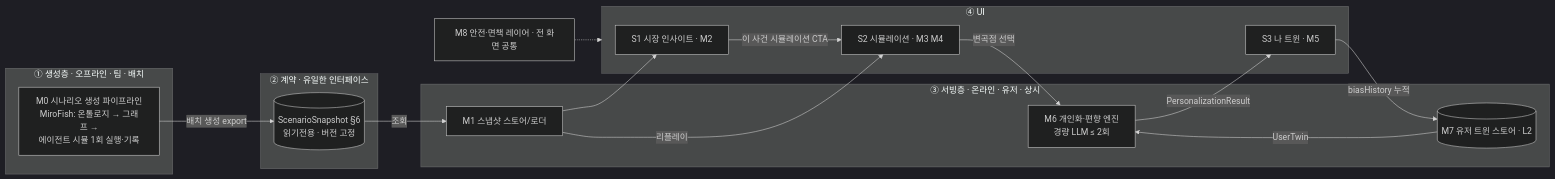
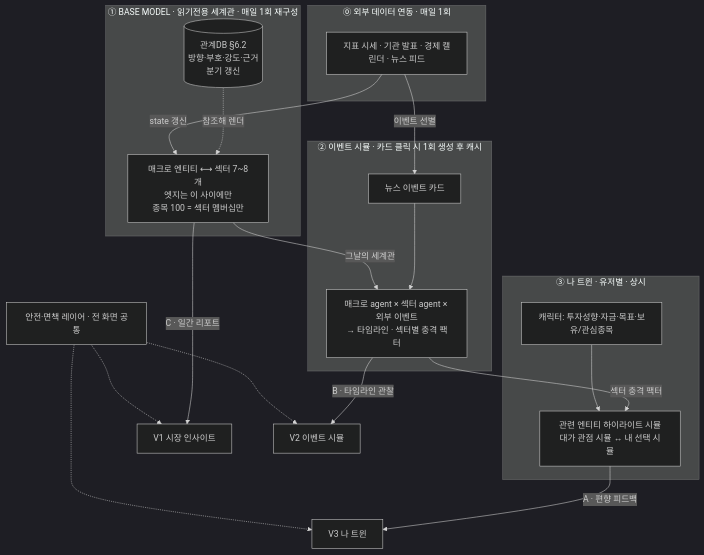
The diagram in docs/PRD.md (yoojeonglee12/finverse), drawn with Mermaid (dark theme) before and after one commit. The commit also changed other lines of this file and 3 other files, not shown here.

First line of the commit message:
Redefine architecture: 4-layer model, sector graph, relation DB

````diff
--- a/docs/PRD.md
+++ b/docs/PRD.md
@@ -64,31 +75,30 @@
 ```mermaid
-flowchart LR
-    subgraph GEN["① 생성층 · 오프라인 · 팀 · 배치"]
-        M0["M0 시나리오 생성 파이프라인<br/>MiroFish: 온톨로지 → 그래프 →<br/>에이전트 시뮬 1회 실행·기록"]
+flowchart TB
+    subgraph L0["⓪ 외부 데이터 연동 · 매일 1회"]
+        EXT["지표 시세 · 기관 발표 · 경제 캘린더 · 뉴스 피드"]
     end
-    subgraph CT["② 계약 · 유일한 인터페이스"]
-        SNAP[("ScenarioSnapshot §6<br/>읽기전용 · 버전 고정")]
+    subgraph L1["① BASE MODEL · 읽기전용 세계관 · 매일 1회 재구성"]
+        REL[("관계DB §6.2<br/>방향·부호·강도·근거<br/>분기 갱신")]
+        GRAPH["매크로 엔티티 ⟷ 섹터 7~8개<br/>엣지는 이 사이에만<br/>종목 100 = 섹터 멤버십만"]
+        REL -. "참조해 렌더" .-> GRAPH
     end
-    subgraph SRV["③ 서빙층 · 온라인 · 유저 · 상시"]
-        M1["M1 스냅샷 스토어/로더"]
-        M6["M6 개인화·편향 엔진<br/>경량 LLM ≤ 2회"]
-        M7[("M7 유저 트윈 스토어 · L2")]
+    subgraph L2["② 이벤트 시뮬 · 카드 클릭 시 1회 생성 후 캐시"]
+        CARD["뉴스 이벤트 카드"]
+        SIM["매크로 agent × 섹터 agent × 외부 이벤트<br/>→ 타임라인 · 섹터별 충격 팩터"]
     end
-    subgraph UI["④ UI"]
-        S1["S1 시장 인사이트 · M2"]
-        S2["S2 시뮬레이션 · M3 M4"]
-        S3["S3 나 트윈 · M5"]
+    subgraph L3["③ 나 트윈 · 유저별 · 상시"]
+        TWIN["캐릭터: 투자성향·자금·목표·보유/관심종목"]
+        MYSIM["관련 엔티티 하이라이트 시뮬<br/>대가 관점 시뮬 ↔ 내 선택 시뮬"]
     end
-    M8["M8 안전·면책 레이어 · 전 화면 공통"]
 
-    M0 -- "배치 생성 export" --> SNAP
-    SNAP -- "조회" --> M1
-    M1 --> S1
-    M1 -- "리플레이" --> S2
-    S1 -- "이 사건 시뮬레이션 CTA" --> S2
-    S2 -- "변곡점 선택" --> M6
-    M7 -- "UserTwin" --> M6
-    M6 -- "PersonalizationResult" --> S3
-    S3 -- "biasHistory 누적" --> M7
-    M8 -.-> UI
+    EXT -- "state 갱신" --> GRAPH
+    EXT -- "이벤트 선별" --> CARD
+    GRAPH -- "C · 일간 리포트" --> V1["V1 시장 인사이트"]
+    CARD --> SIM
+    GRAPH -- "그날의 세계관" --> SIM
+    SIM -- "B · 타임라인 관찰" --> V2["V2 이벤트 시뮬"]
+    SIM -- "섹터 충격 팩터" --> MYSIM
+    TWIN --> MYSIM
+    MYSIM -- "A · 편향 피드백" --> V3["V3 나 트윈"]
+    SAFE["안전·면책 레이어 · 전 화면 공통"] -.-> V1 & V2 & V3
 ```
````
